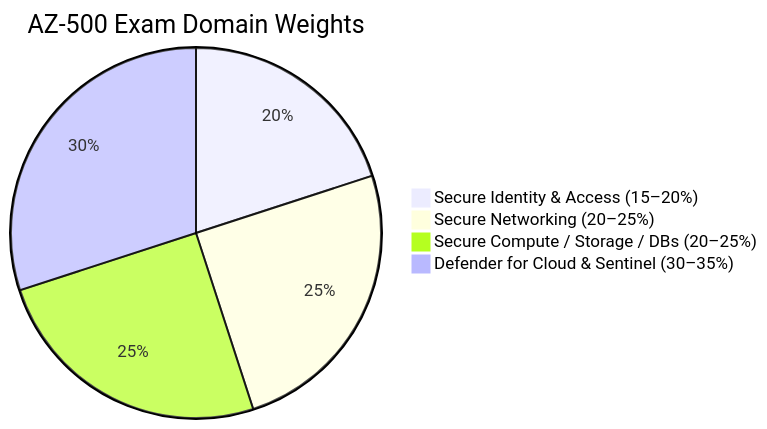
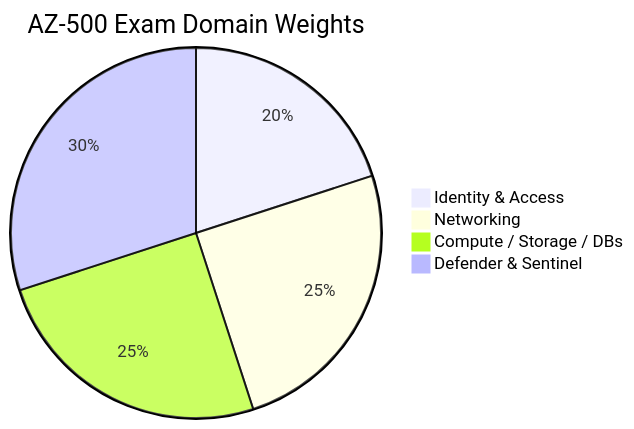
The diagram in index.md (marcogrimaldi29/az-500-study-notes), drawn with Mermaid before and after one commit. The commit also changed other lines of this file and 3 other files, not shown here.

First line of the commit message:
Open external links in new tab; update mermaid

````diff
--- a/index.md
+++ b/index.md
@@ -30,7 +30,8 @@
 ```mermaid
+%%{init: {"pie": {"textPosition": 0.75}, "themeVariables": {"pieOuterStrokeWidth": "2px"}} }%%
 pie title AZ-500 Exam Domain Weights
-    "Secure Identity & Access (15–20%)" : 20
-    "Secure Networking (20–25%)" : 25
-    "Secure Compute / Storage / DBs (20–25%)" : 25
-    "Defender for Cloud & Sentinel (30–35%)" : 30
+    "Identity & Access" : 20
+    "Networking" : 25
+    "Compute / Storage / DBs" : 25
+    "Defender & Sentinel" : 30
 ```
````
